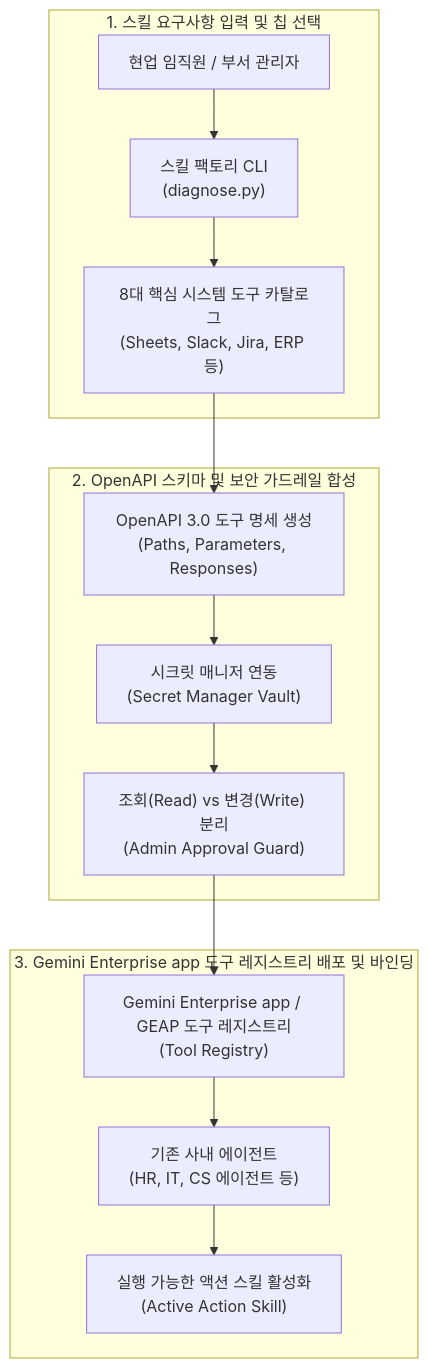
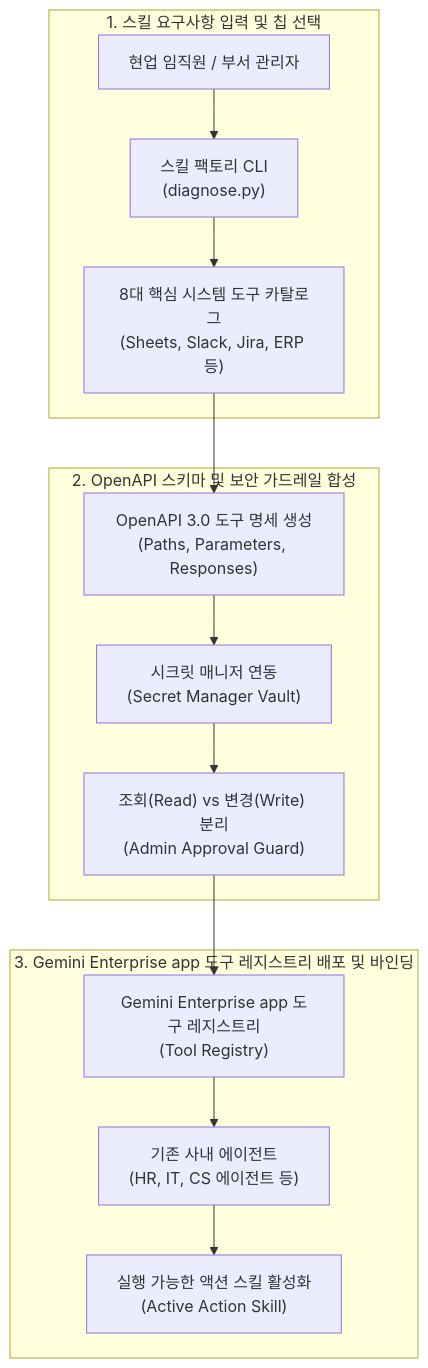
The diagram in samples/gemini-enterprise-copilot-skill/docs/TDD.md (jiangjun-forge/google-cloud-0-to-1), drawn with Mermaid before and after one commit. The commit also changed other lines of this file and 12 other files, not shown here.

````diff
--- a/samples/gemini-enterprise-copilot-skill/docs/TDD.md
+++ b/samples/gemini-enterprise-copilot-skill/docs/TDD.md
@@ -23,28 +23,28 @@
 ```mermaid
 flowchart TD
     subgraph InputPhase ["1. 스킬 요구사항 입력 및 칩 선택"]
         User["현업 임직원 / 부서 관리자"]
         CLI["스킬 팩토리 CLI<br/>(diagnose.py)"]
         ToolCatalog["8대 핵심 시스템 도구 카탈로그<br/>(Sheets, Slack, Jira, ERP 등)"]
         User --> CLI
         CLI --> ToolCatalog
     end
 
     subgraph SchemaPhase ["2. OpenAPI 스키마 및 보안 가드레일 합성"]
         SchemaGen["OpenAPI 3.0 도구 명세 생성<br/>(Paths, Parameters, Responses)"]
         VaultBinding["시크릿 매니저 연동<br/>(Secret Manager Vault)"]
         PermissionCheck["조회(Read) vs 변경(Write) 분리<br/>(Admin Approval Guard)"]
         ToolCatalog --> SchemaGen
         SchemaGen --> VaultBinding
         VaultBinding --> PermissionCheck
     end
 
     subgraph RegistryPhase ["3. Gemini Enterprise app 도구 레지스트리 배포 및 바인딩"]
-        ToolRegistry["Gemini Enterprise app / GEAP 도구 레지스트리<br/>(Tool Registry)"]
+        ToolRegistry["Gemini Enterprise app 도구 레지스트리<br/>(Tool Registry)"]
         TargetAgent["기존 사내 에이전트<br/>(HR, IT, CS 에이전트 등)"]
         ActiveSkill["실행 가능한 액션 스킬 활성화<br/>(Active Action Skill)"]
         PermissionCheck --> ToolRegistry
         ToolRegistry --> TargetAgent
         TargetAgent --> ActiveSkill
     end
 ```
````
